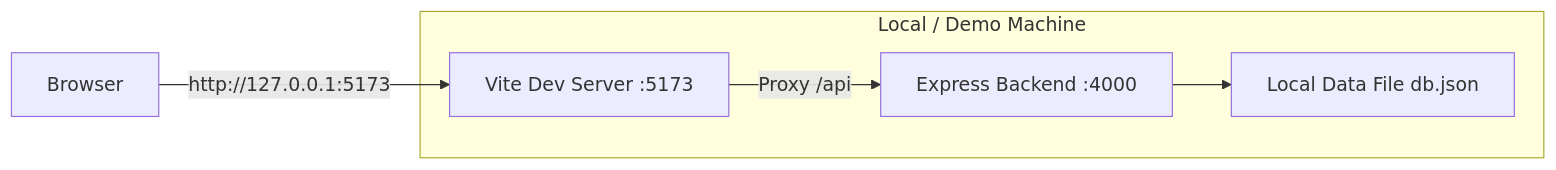
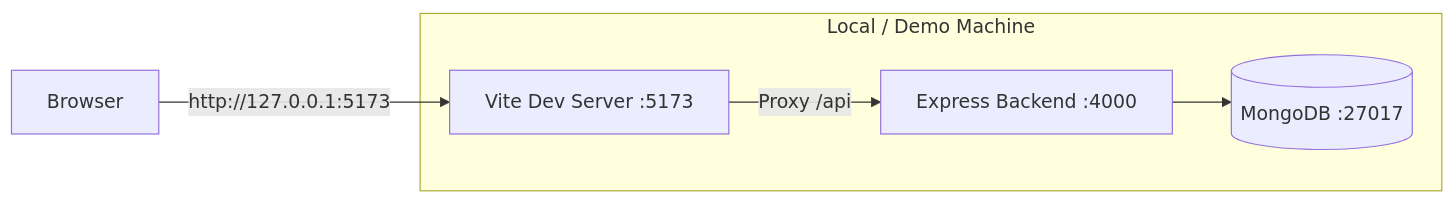
One commit to datphan3201/room-rental-management-software changed the fourth of 21 diagrams in docs/SYSTEM_REPORT.md. Above: the diagram before and after it, drawn with Mermaid. The commit also changed other lines of this file and 33 other files, not shown here.

````diff
--- a/docs/SYSTEM_REPORT.md
+++ b/docs/SYSTEM_REPORT.md
@@ -419,14 +419,14 @@
 ```mermaid
 flowchart LR
   Browser[Browser]
 
   subgraph DevMachine["Local / Demo Machine"]
     Vite[Vite Dev Server :5173]
     Express[Express Backend :4000]
-    DataFile[Local Data File db.json]
+    MongoDB[(MongoDB :27017)]
   end
 
   Browser -->|http://127.0.0.1:5173| Vite
   Vite -->|Proxy /api| Express
-  Express --> DataFile
+  Express --> MongoDB
 ```
````
